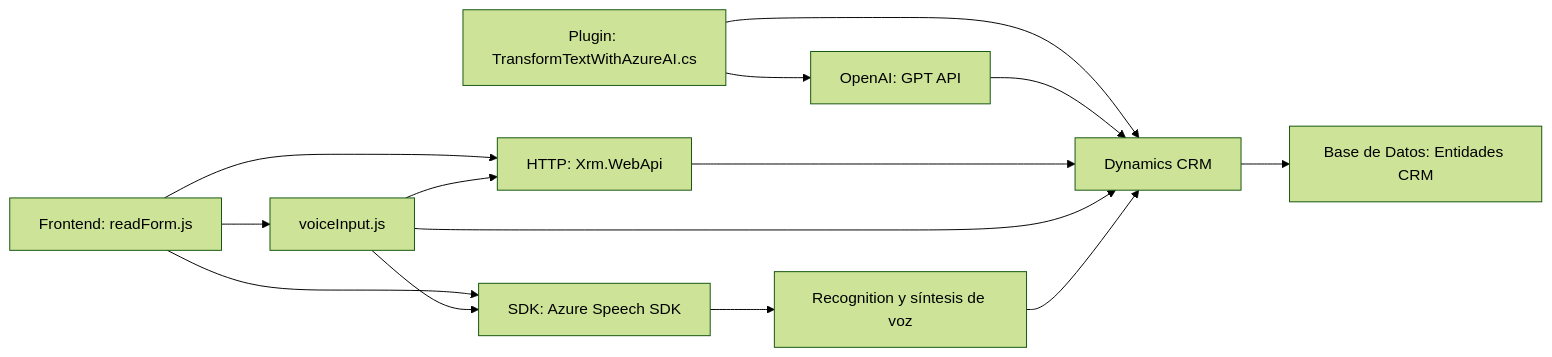
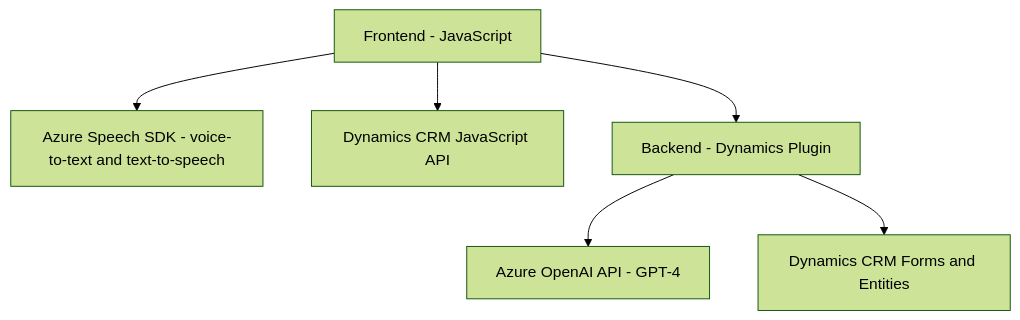
One commit to blopezdm/NETCORE_BILBAO2025 changed the diagram in README.md. Above: the diagram before and after it, drawn with Mermaid (forest theme). The commit also changed other lines of this file, not shown here.

````diff
--- a/README.md
+++ b/README.md
@@ -47,18 +41,15 @@
 ```mermaid
-graph LR
-A["Frontend: readForm.js"] --> B["SDK: Azure Speech SDK"]
-A --> C["HTTP: Xrm.WebApi"]
-A --> D["voiceInput.js"]
-D --> B
-D --> C
-B --> E["Recognition y síntesis de voz"]
+graph TD
+  A["Frontend - JavaScript"]
+  B["Azure Speech SDK - voice-to-text and text-to-speech"]
+  C["Dynamics CRM JavaScript API"]
+  D["Azure OpenAI API - GPT-4"]
+  E["Backend - Dynamics Plugin"]
+  F["Dynamics CRM Forms and Entities"]
 
-F["Plugin: TransformTextWithAzureAI.cs"] --> G["OpenAI: GPT API"]
-F --> H["Dynamics CRM"]
-G --> H
-H --> I["Base de Datos: Entidades CRM"]
-
-C --> H
-D --> H
-E --> H
+  A --> B
+  A --> C
+  A --> E
+  E --> D
+  E --> F
 ```
````
